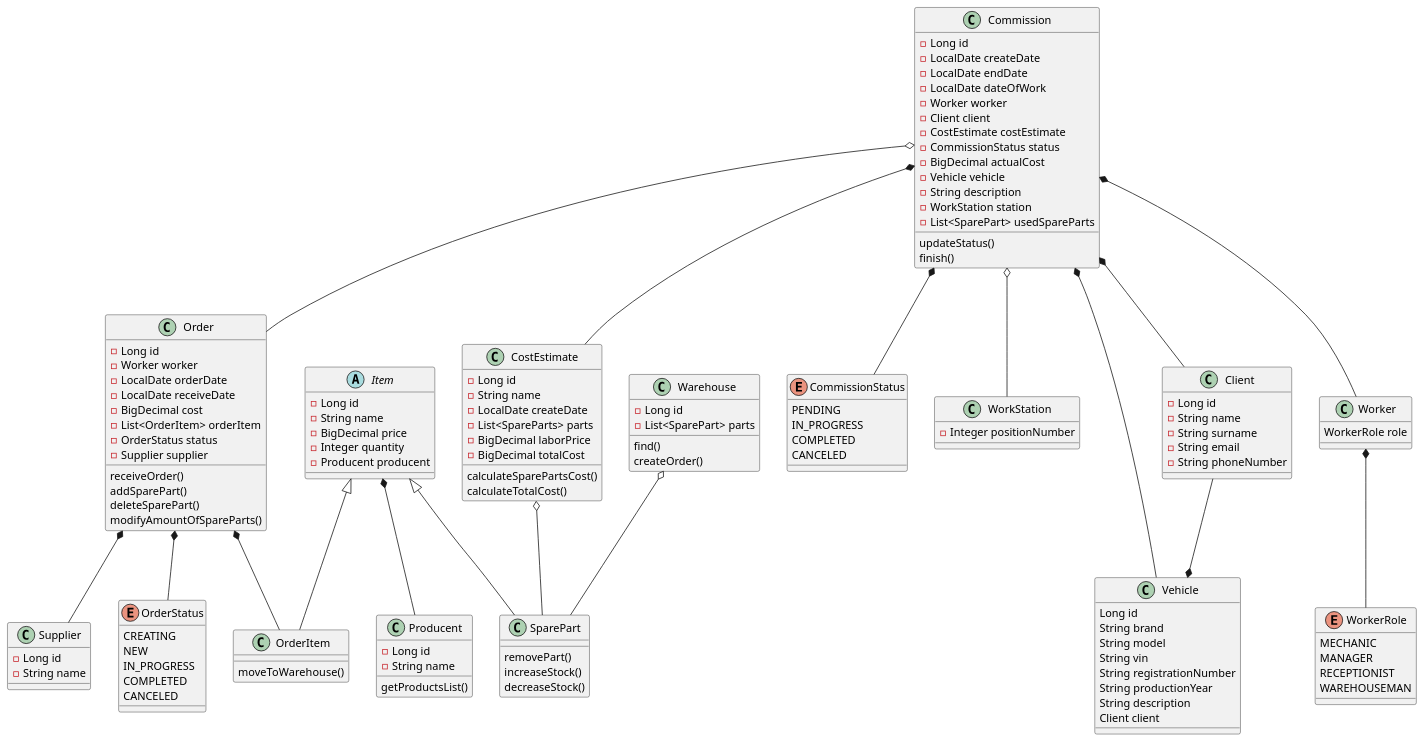
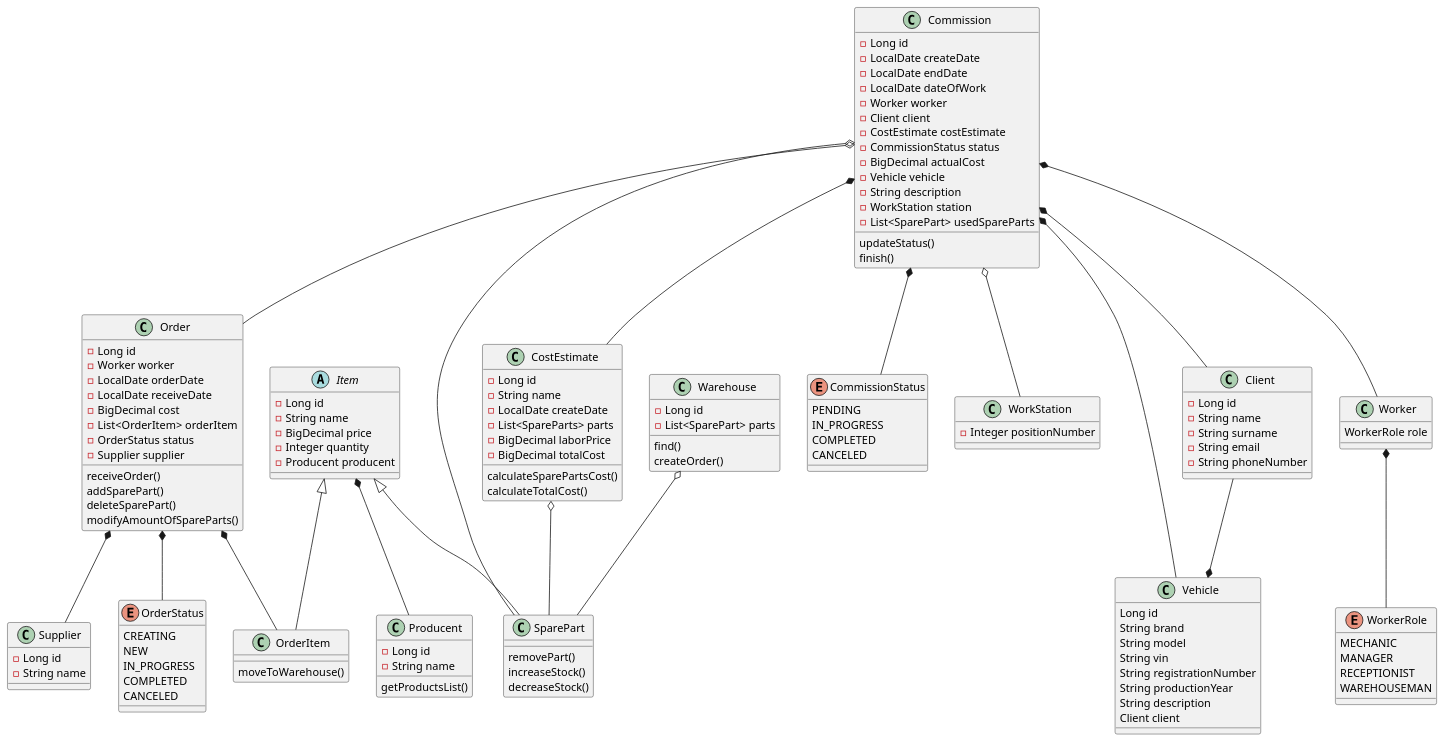
Before and after one commit to WojciechGos/Car-Service: the diagram in src/main/java/com/carservice/CarService/main.puml, drawn with PlantUML. The commit also changed 1 other file, not shown here.

```diff
--- a/src/main/java/com/carservice/CarService/main.puml
+++ b/src/main/java/com/carservice/CarService/main.puml
@@ -1,198 +1,198 @@
-@startuml
+ @startuml
 'https://plantuml.com/class-diagram
 class Order {
     - Long id
     - Worker worker
     - LocalDate orderDate
     - LocalDate receiveDate
     - BigDecimal cost
     - List<OrderItem> orderItem
     - OrderStatus status
     - Supplier supplier
 
     'For warehouseman to set status COMPLETED
     receiveOrder()
     addSparePart()
     deleteSparePart()
     modifyAmountOfSpareParts()
 }
 
 class Commission {
     - Long id
     - LocalDate createDate
     - LocalDate endDate
     'pokrywa sie z podnosnikami
     - LocalDate dateOfWork
     - Worker worker
     - Client client
     - CostEstimate costEstimate
     - CommissionStatus status
     - BigDecimal actualCost
     - Vehicle vehicle
     - String description
     - WorkStation station
     - List<SparePart> usedSpareParts
 
 
     updateStatus()
     finish()
 
 }
 
 
 class Producent {
     - Long id
     - String name
 
     getProductsList()
 }
 
 class Supplier {
     - Long id
     - String name
 }
 
 
 class CostEstimate {
     - Long id
     - String name
     - LocalDate createDate
     - List<SpareParts> parts
     - BigDecimal laborPrice
     - BigDecimal totalCost
 
     calculateSparePartsCost()
     calculateTotalCost()
 }
 
 
 enum CommissionStatus{
     PENDING
     IN_PROGRESS
     COMPLETED
     CANCELED
 }
 
 'car lift station
 class WorkStation {
     - Integer positionNumber
 }
 
 
 
 class Vehicle {
     Long id
     String brand
     String model
     String vin
     String registrationNumber
     String productionYear
     String description
     Client client
 }
 
 
 enum WorkerRole {
     MECHANIC
     MANAGER
     RECEPTIONIST
     WAREHOUSEMAN
 }
 
 class Worker {
     WorkerRole role
 }
 
 enum OrderStatus {
     CREATING
     NEW
     IN_PROGRESS
     COMPLETED
     CANCELED
 }
 
 'Our warehouse
 class Warehouse {
     - Long id
     - List<SparePart> parts
 
     find()
     createOrder()
 }
 
 abstract class Item {
     - Long id
     - String name
     - BigDecimal price
     - Integer quantity
     - Producent producent
 }
 'Spare part that is not in warehouse
 class OrderItem extends Item {
     moveToWarehouse()
 }
 'Spare part that is actually in warehouse
 class SparePart extends Item {
     removePart()
     increaseStock()
     decreaseStock()
 }
 
 
 
 
 class Client {
     - Long id
     - String name
     - String surname
     - String email
     - String phoneNumber
 
 }
 
 
 
 
 Item *-- Producent
 
 Commission *-- Client
 Commission *-- Worker
 Commission *-- Vehicle
 Commission *-- CostEstimate
 Commission *-- CommissionStatus
 Commission o-- WorkStation
 Commission o-- Order
+Commission o-- SparePart
 
 Client --* Vehicle
 
 CostEstimate o-- SparePart
 
 Order *-- OrderItem
 Order *-- OrderStatus
 Order *-- Supplier
 
 Worker *-- WorkerRole
-
 
 Warehouse o-- SparePart
 
 'abstract class AbstractList
 'abstract AbstractCollection
 'interface List
 'interface Collection
 '
 '
 '
 'List <|-- AbstractList
 'Collection <|-- AbstractCollection
 '
 'Collection <|- List
 'AbstractCollection <|- AbstractList
 'AbstractList <|-- ArrayList
 '
 'class ArrayList {
 'Object[] elementData
 'size()
 '}
 
 @enduml
```
